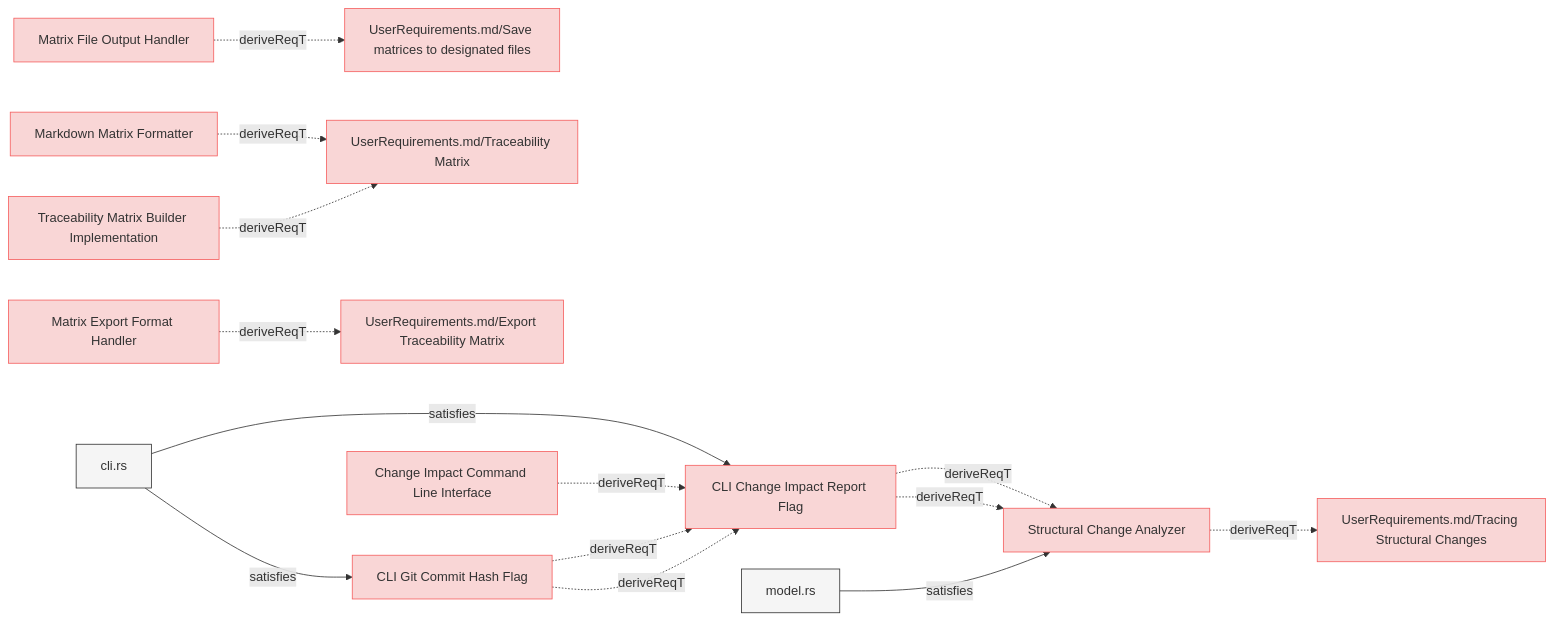
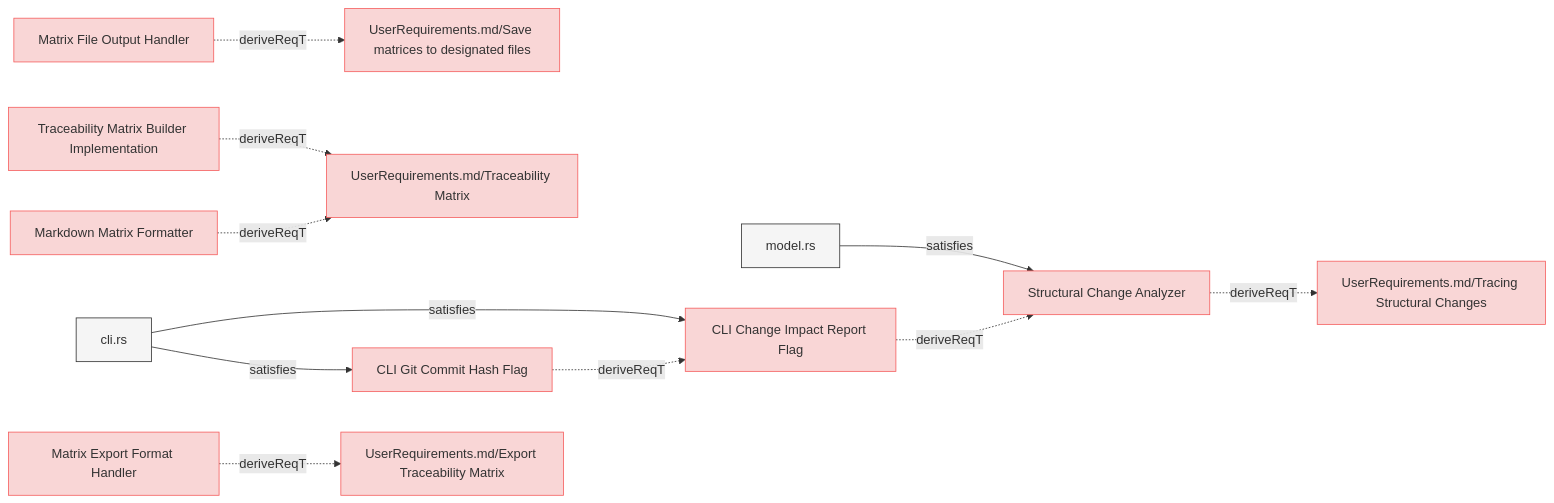
One commit to reqvire-org/reqvire changed the sixth of 8 diagrams in specifications/SystemRequirements/Requirements.md. Above: the diagram before and after it, drawn with Mermaid. The commit also changed other lines of this file and 65 other files, not shown here.

Commit message:
Diagram generation bug fix: there were opposite relations included.

````diff
--- a/specifications/SystemRequirements/Requirements.md
+++ b/specifications/SystemRequirements/Requirements.md
@@ -754,64 +730,58 @@
 ```mermaid
 graph LR;
   %% Graph styling
   classDef requirement fill:#f9d6d6,stroke:#f55f5f,stroke-width:1px;
   classDef verification fill:#d6f9d6,stroke:#5fd75f,stroke-width:1px;
   classDef externalLink fill:#d0e0ff,stroke:#3080ff,stroke-width:1px;
   classDef default fill:#f5f5f5,stroke:#333333,stroke-width:1px;
 
-  83a2343e97["Matrix File Output Handler"];
-  click 83a2343e97 "Requirements.md#matrix-file-output-handler";
-  class 83a2343e97 requirement;
-  c4b025f6ac["UserRequirements.md/Save matrices to designated files"];
-  class c4b025f6ac requirement;
-  click c4b025f6ac "../UserRequirements.md#save-matrices-to-designated-files";
-  83a2343e97 -.->|deriveReqT| c4b025f6ac;
-  b8b4018461["CLI Git Commit Hash Flag"];
-  click b8b4018461 "Requirements.md#cli-git-commit-hash-flag";
-  class b8b4018461 requirement;
-  665b7456c9["CLI Change Impact Report Flag"];
-  class 665b7456c9 requirement;
-  click 665b7456c9 "Requirements.md#cli-change-impact-report-flag";
-  b8b4018461 -.->|deriveReqT| 665b7456c9;
-  11ffc4632a["cli.rs"];
-  class 11ffc4632a default;
-  click 11ffc4632a "../../cli/src/cli.rs";
-  11ffc4632a -->|satisfies| b8b4018461;
-  5eca866a03["Traceability Matrix Builder Implementation"];
-  click 5eca866a03 "Requirements.md#traceability-matrix-builder-implementation";
-  class 5eca866a03 requirement;
-  ba40352f8e["UserRequirements.md/Traceability Matrix"];
-  class ba40352f8e requirement;
-  click ba40352f8e "../UserRequirements.md#traceability-matrix";
-  5eca866a03 -.->|deriveReqT| ba40352f8e;
-  8897111f9b["Matrix Export Format Handler"];
-  click 8897111f9b "Requirements.md#matrix-export-format-handler";
-  class 8897111f9b requirement;
-  4b7b432817["UserRequirements.md/Export Traceability Matrix"];
-  class 4b7b432817 requirement;
-  click 4b7b432817 "../UserRequirements.md#export-traceability-matrix";
-  8897111f9b -.->|deriveReqT| 4b7b432817;
-  d7e5fbf806["Markdown Matrix Formatter"];
-  click d7e5fbf806 "Requirements.md#markdown-matrix-formatter";
-  class d7e5fbf806 requirement;
-  d7e5fbf806 -.->|deriveReqT| ba40352f8e;
-  918cc4a26d["Structural Change Analyzer"];
-  click 918cc4a26d "Requirements.md#structural-change-analyzer";
-  class 918cc4a26d requirement;
-  91ebf7e73d["UserRequirements.md/Tracing Structural Changes"];
-  class 91ebf7e73d requirement;
-  click 91ebf7e73d "../UserRequirements.md#tracing-structural-changes";
-  918cc4a26d -.->|deriveReqT| 91ebf7e73d;
-  cc976e6bcd["model.rs"];
-  class cc976e6bcd default;
-  click cc976e6bcd "../../core/src/change_impact.rs";
-  cc976e6bcd -->|satisfies| 918cc4a26d;
-  665b7456c9 -.->|deriveReqT| 918cc4a26d;
-  665b7456c9 -.->|deriveReqT| 918cc4a26d;
-  11ffc4632a -->|satisfies| 665b7456c9;
-  b8b4018461 -.->|deriveReqT| 665b7456c9;
-  6e747b7f03["Change Impact Command Line Interface"];
-  class 6e747b7f03 requirement;
-  click 6e747b7f03 "ChangeImpactPropagation.md#change-impact-command-line-interface";
-  6e747b7f03 -.->|deriveReqT| 665b7456c9;
+  918cc4a26d642f30["Structural Change Analyzer"];
+  click 918cc4a26d642f30 "Requirements.md#structural-change-analyzer";
+  class 918cc4a26d642f30 requirement;
+  91ebf7e73d5ac081["UserRequirements.md/Tracing Structural Changes"];
+  class 91ebf7e73d5ac081 requirement;
+  click 91ebf7e73d5ac081 "../UserRequirements.md#tracing-structural-changes";
+  918cc4a26d642f30 -.->|deriveReqT| 91ebf7e73d5ac081;
+  cc976e6bcded86e7["model.rs"];
+  class cc976e6bcded86e7 default;
+  click cc976e6bcded86e7 "../../core/src/change_impact.rs";
+  cc976e6bcded86e7 -->|satisfies| 918cc4a26d642f30;
+  83a2343e97857828["Matrix File Output Handler"];
+  click 83a2343e97857828 "Requirements.md#matrix-file-output-handler";
+  class 83a2343e97857828 requirement;
+  c4b025f6ac8438c7["UserRequirements.md/Save matrices to designated files"];
+  class c4b025f6ac8438c7 requirement;
+  click c4b025f6ac8438c7 "../UserRequirements.md#save-matrices-to-designated-files";
+  83a2343e97857828 -.->|deriveReqT| c4b025f6ac8438c7;
+  5eca866a0338e0fe["Traceability Matrix Builder Implementation"];
+  click 5eca866a0338e0fe "Requirements.md#traceability-matrix-builder-implementation";
+  class 5eca866a0338e0fe requirement;
+  ba40352f8e72c125["UserRequirements.md/Traceability Matrix"];
+  class ba40352f8e72c125 requirement;
+  click ba40352f8e72c125 "../UserRequirements.md#traceability-matrix";
+  5eca866a0338e0fe -.->|deriveReqT| ba40352f8e72c125;
+  665b7456c9b61ded["CLI Change Impact Report Flag"];
+  click 665b7456c9b61ded "Requirements.md#cli-change-impact-report-flag";
+  class 665b7456c9b61ded requirement;
+  665b7456c9b61ded -.->|deriveReqT| 918cc4a26d642f30;
+  11ffc4632afd7c4c["cli.rs"];
+  class 11ffc4632afd7c4c default;
+  click 11ffc4632afd7c4c "../../cli/src/cli.rs";
+  11ffc4632afd7c4c -->|satisfies| 665b7456c9b61ded;
+  b8b40184613535c1["CLI Git Commit Hash Flag"];
+  click b8b40184613535c1 "Requirements.md#cli-git-commit-hash-flag";
+  class b8b40184613535c1 requirement;
+  b8b40184613535c1 -.->|deriveReqT| 665b7456c9b61ded;
+  11ffc4632afd7c4c -->|satisfies| b8b40184613535c1;
+  8897111f9b3656ce["Matrix Export Format Handler"];
+  click 8897111f9b3656ce "Requirements.md#matrix-export-format-handler";
+  class 8897111f9b3656ce requirement;
+  4b7b4328173caada["UserRequirements.md/Export Traceability Matrix"];
+  class 4b7b4328173caada requirement;
+  click 4b7b4328173caada "../UserRequirements.md#export-traceability-matrix";
+  8897111f9b3656ce -.->|deriveReqT| 4b7b4328173caada;
+  d7e5fbf806d650d9["Markdown Matrix Formatter"];
+  click d7e5fbf806d650d9 "Requirements.md#markdown-matrix-formatter";
+  class d7e5fbf806d650d9 requirement;
+  d7e5fbf806d650d9 -.->|deriveReqT| ba40352f8e72c125;
 ```
````
